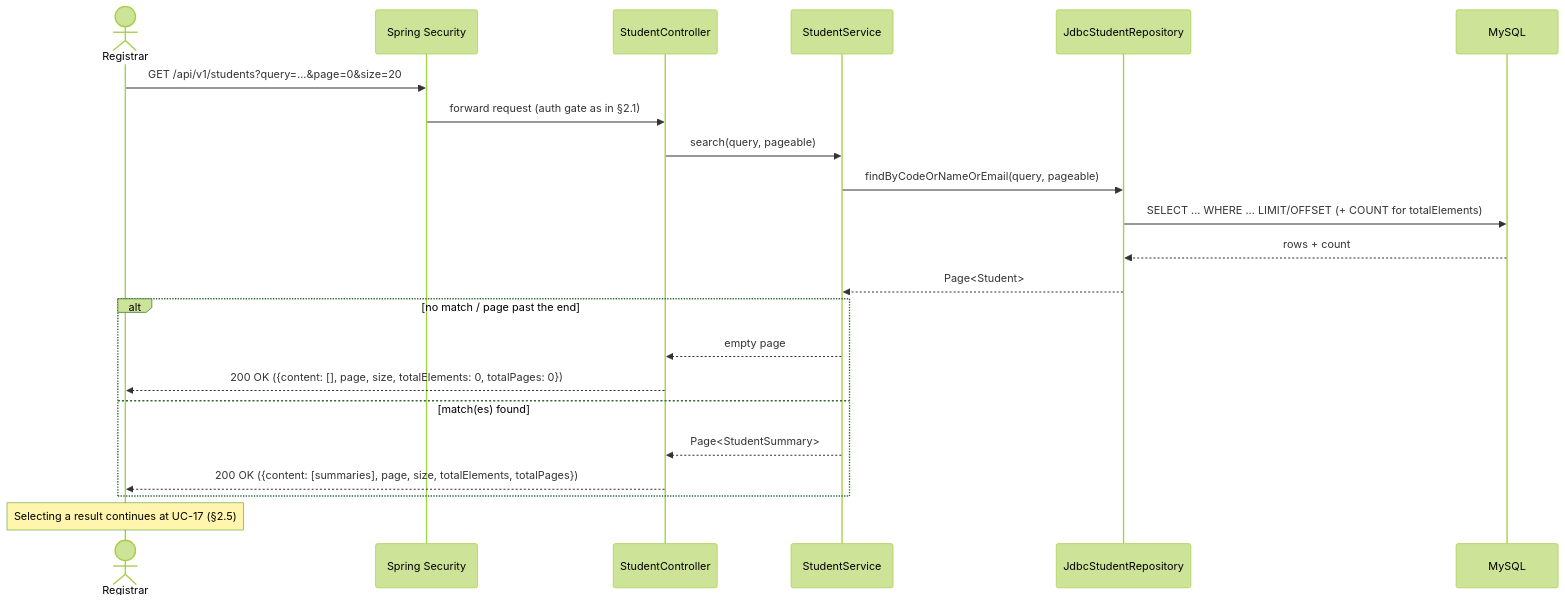
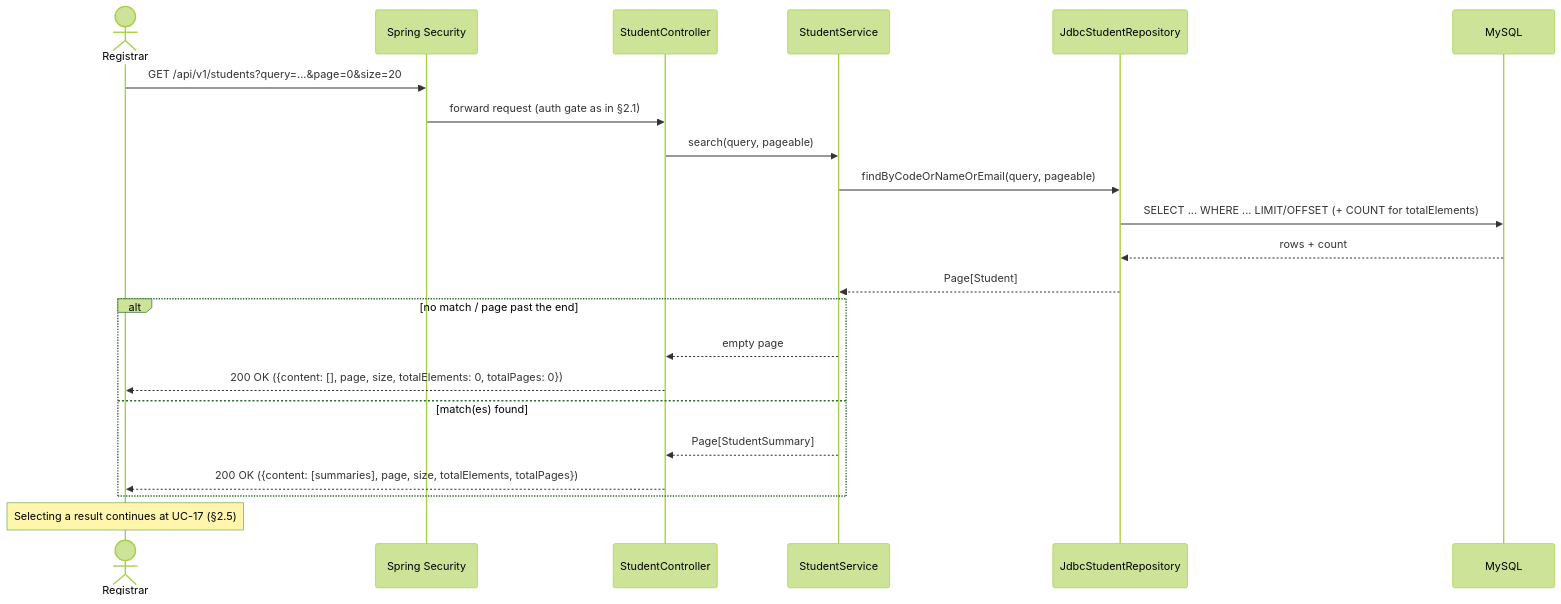
The fourth of 24 diagrams in docs/SA-docs/03-sequence-diagrams.md (phuchoang2005/Student-Management-System), drawn with Mermaid (forest theme) before and after one commit. The commit also changed other lines of this file and 110 other files, not shown here.

````diff
--- a/docs/SA-docs/03-sequence-diagrams.md
+++ b/docs/SA-docs/03-sequence-diagrams.md
@@ -182,25 +182,25 @@
 ```mermaid
 sequenceDiagram
     actor Registrar
     participant Sec as Spring Security
     participant Ctrl as StudentController
     participant Svc as StudentService
     participant Repo as JdbcStudentRepository
     participant DB as MySQL
 
     Registrar->>Sec: GET /api/v1/students?query=...&page=0&size=20
     Sec->>Ctrl: forward request (auth gate as in §2.1)
     Ctrl->>Svc: search(query, pageable)
     Svc->>Repo: findByCodeOrNameOrEmail(query, pageable)
     Repo->>DB: SELECT ... WHERE ... LIMIT/OFFSET (+ COUNT for totalElements)
     DB-->>Repo: rows + count
-    Repo-->>Svc: Page<Student>
+    Repo-->>Svc: Page[Student]
     alt no match / page past the end
         Svc-->>Ctrl: empty page
         Ctrl-->>Registrar: 200 OK ({content: [], page, size, totalElements: 0, totalPages: 0})
     else match(es) found
-        Svc-->>Ctrl: Page<StudentSummary>
+        Svc-->>Ctrl: Page[StudentSummary]
         Ctrl-->>Registrar: 200 OK ({content: [summaries], page, size, totalElements, totalPages})
     end
     Note over Registrar: Selecting a result continues at UC-17 (§2.5)
 ```
````
